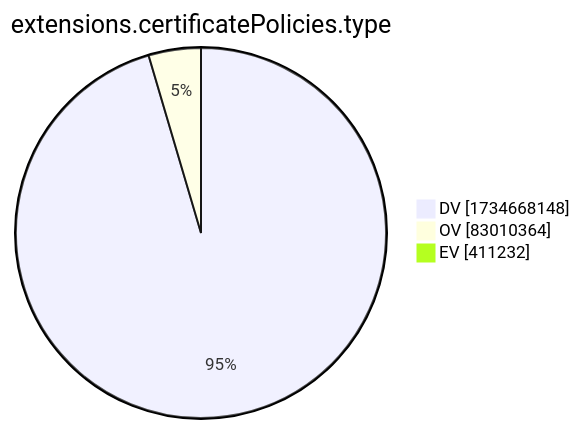
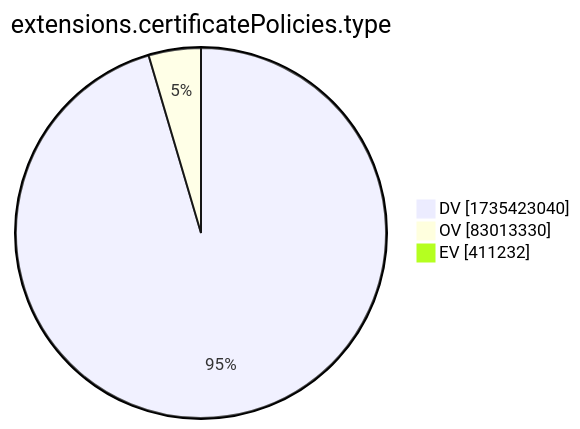
One commit to christiankrug/ctmonitor_visualization changed the tenth of 15 diagrams in xenon2022/README.md. Above: the diagram before and after it, drawn with Mermaid. The commit also changed other lines of this file, not shown here.

````diff
--- a/xenon2022/README.md
+++ b/xenon2022/README.md
@@ -2881,7 +2881,7 @@
 ```mermaid
 pie showData
 title extensions.certificatePolicies.type
-"DV" :1734668148
-"OV" :83010364
+"DV" :1735423040
+"OV" :83013330
 "EV" :411232
 ```
````
